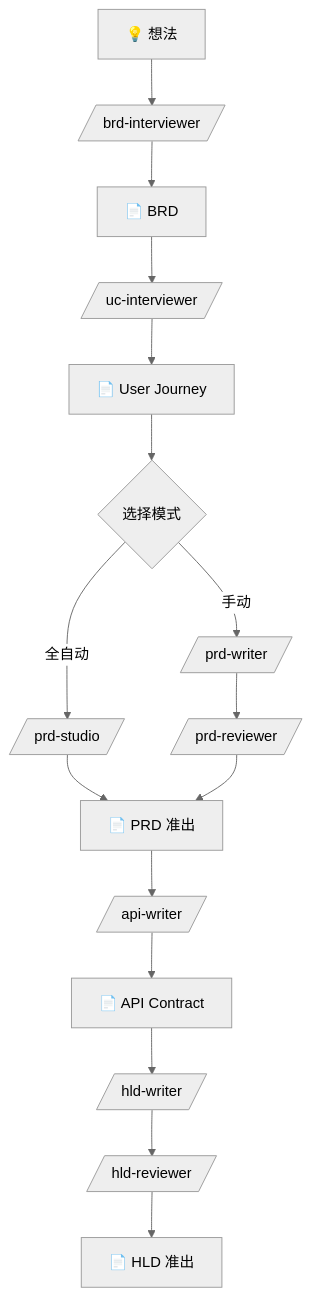
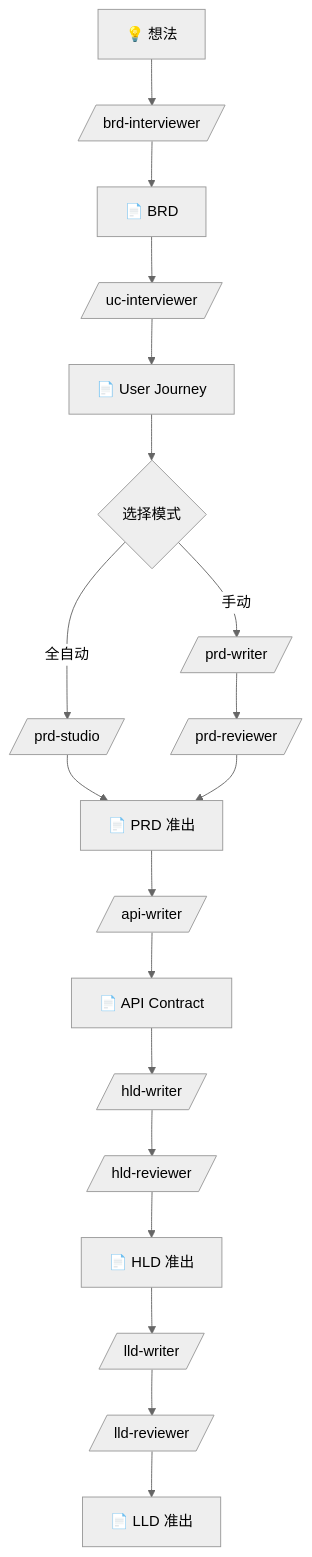
One commit to TestAny-io/testany-agent-skills changed the first of 2 diagrams in plugins/testany-eng/README.md. Above: the diagram before and after it, drawn with Mermaid (neutral theme). The commit also changed other lines of this file and 8 other files, not shown here.

First line of the commit message:
feat(lld-writer): fix P0/P1 issues - enhance skill quality and register command

````diff
--- a/plugins/testany-eng/README.md
+++ b/plugins/testany-eng/README.md
@@ -18,21 +18,24 @@
 ```mermaid
 flowchart TD
     A[💡 想法] --> B[/brd-interviewer/]
     B --> C[📄 BRD]
     C --> D[/uc-interviewer/]
     D --> E[📄 User Journey]
     E --> F{选择模式}
 
     F -->|手动| G[/prd-writer/]
     F -->|全自动| H[/prd-studio/]
 
     G --> I[/prd-reviewer/]
     H --> J[📄 PRD 准出]
     I --> J
 
     J --> K[/api-writer/]
     K --> L[📄 API Contract]
     L --> M[/hld-writer/]
     M --> N[/hld-reviewer/]
     N --> O[📄 HLD 准出]
+    O --> P[/lld-writer/]
+    P --> Q[/lld-reviewer/]
+    Q --> R[📄 LLD 准出]
 ```
````
